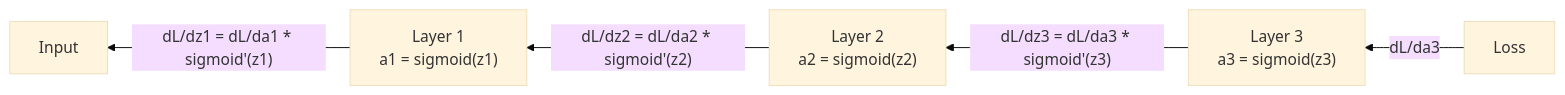
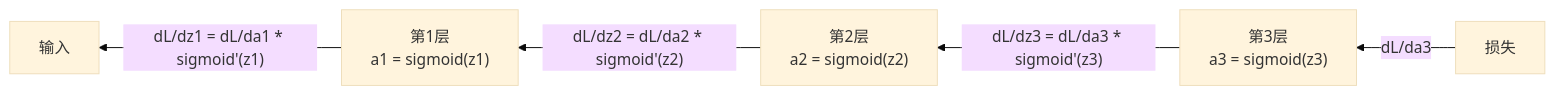
The third of 3 diagrams in phases/03-deep-learning-core/03-backpropagation.md (cq0206/ai-engineering-from-scratch), drawn with Mermaid (base theme) before and after one commit. The commit also changed other lines of this file and 67 other files, not shown here.

````diff
--- a/phases/03-deep-learning-core/03-backpropagation.md
+++ b/phases/03-deep-learning-core/03-backpropagation.md
@@ -79,7 +79,7 @@
 ```mermaid
 graph RL
-    L["Loss"] -- "dL/da3" --> L3["Layer 3\na3 = sigmoid(z3)"]
-    L3 -- "dL/dz3 = dL/da3 * sigmoid'(z3)" --> L2["Layer 2\na2 = sigmoid(z2)"]
-    L2 -- "dL/dz2 = dL/da2 * sigmoid'(z2)" --> L1["Layer 1\na1 = sigmoid(z1)"]
-    L1 -- "dL/dz1 = dL/da1 * sigmoid'(z1)" --> I["Input"]
+    L["损失"] -- "dL/da3" --> L3["第3层\na3 = sigmoid(z3)"]
+    L3 -- "dL/dz3 = dL/da3 * sigmoid'(z3)" --> L2["第2层\na2 = sigmoid(z2)"]
+    L2 -- "dL/dz2 = dL/da2 * sigmoid'(z2)" --> L1["第1层\na1 = sigmoid(z1)"]
+    L1 -- "dL/dz1 = dL/da1 * sigmoid'(z1)" --> I["输入"]
 ```
````
